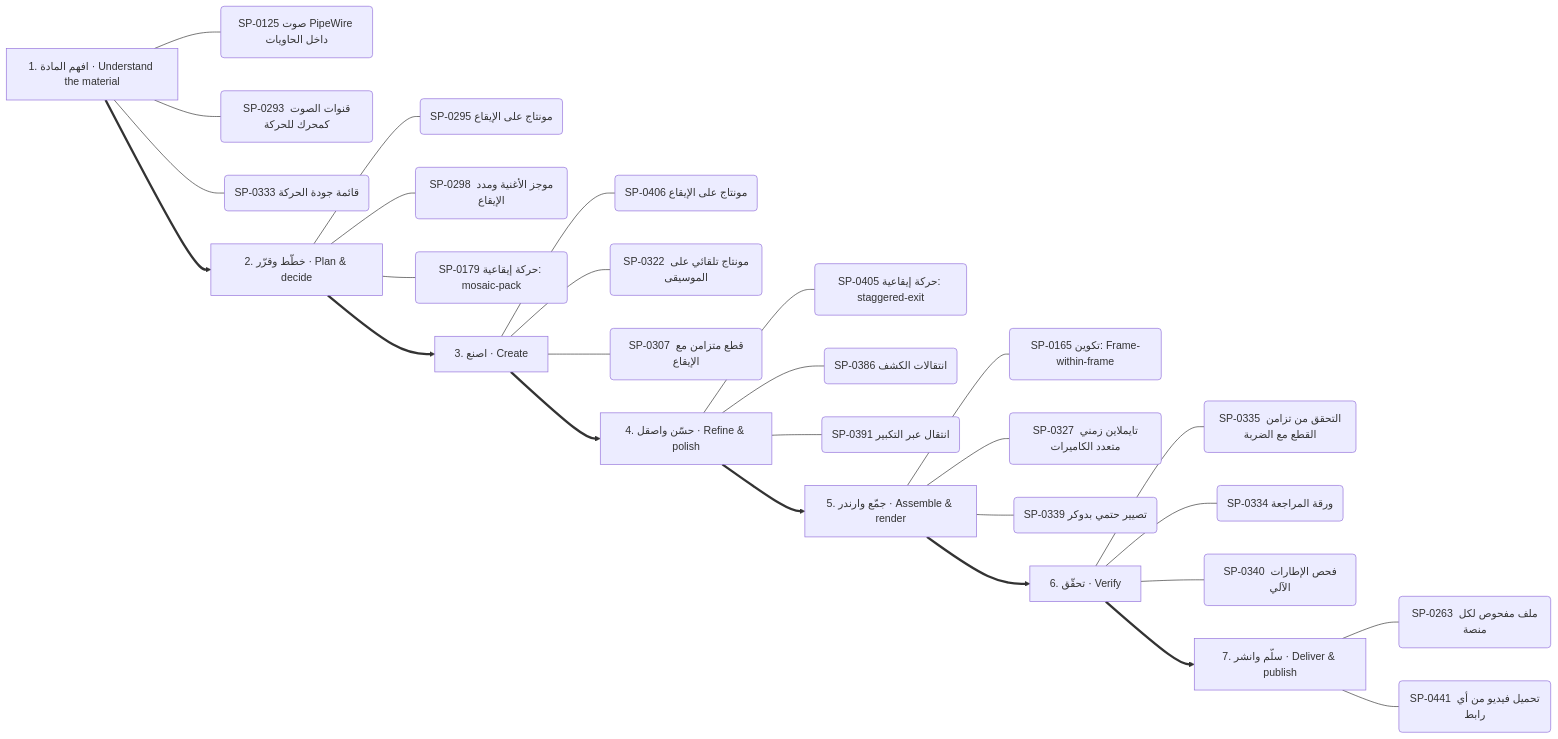
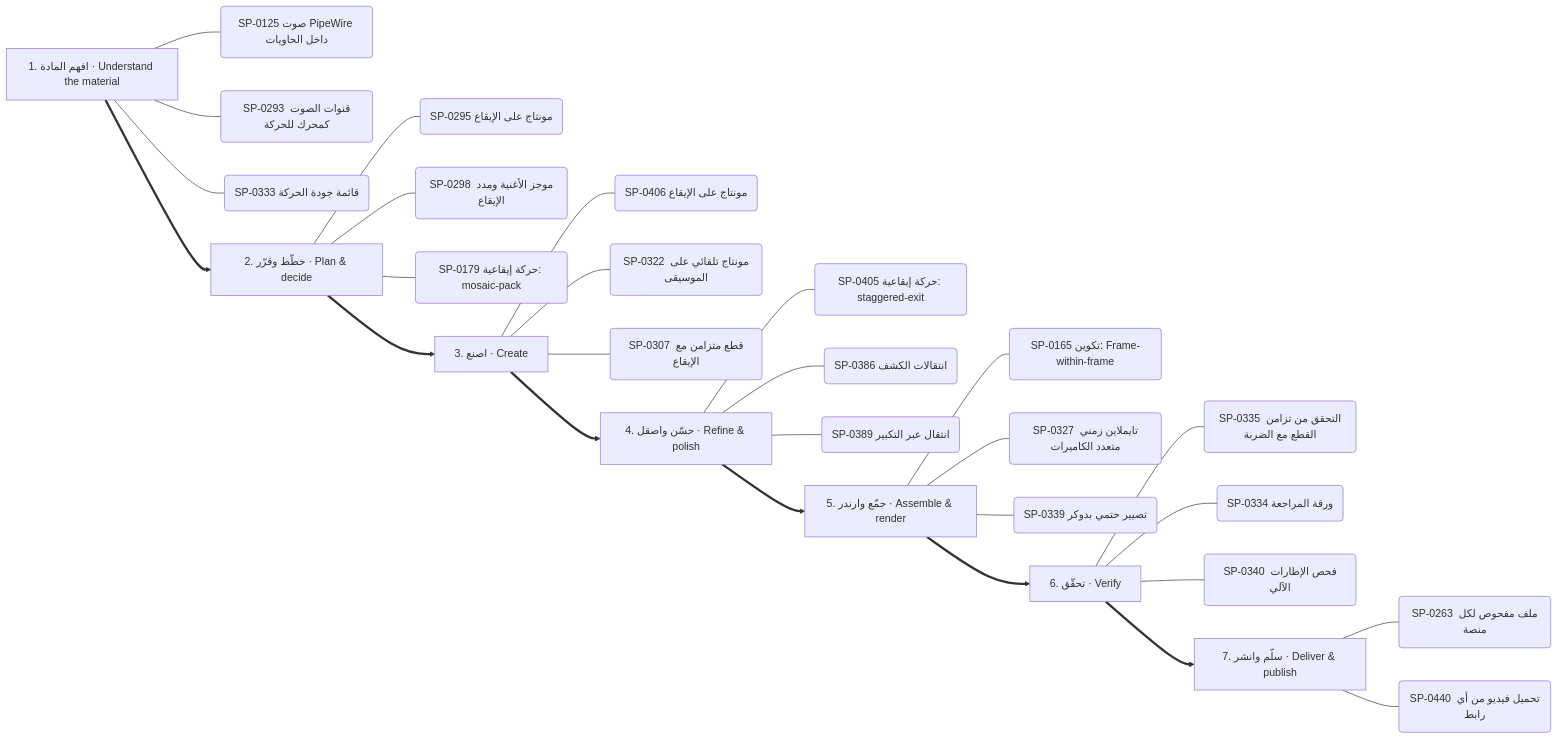
The third of 13 diagrams in .claude/skills/kosif-superpowers/references/capability-mindmap.md (kosif199022-jpg/kosif-tool), drawn with Mermaid before and after one commit. The commit also changed other lines of this file and 25 other files, not shown here.

````diff
--- a/.claude/skills/kosif-superpowers/references/capability-mindmap.md
+++ b/.claude/skills/kosif-superpowers/references/capability-mindmap.md
@@ -177,36 +177,36 @@
 ```mermaid
 flowchart LR
   S0["1. افهم المادة · Understand the material"]
   S0 --- S0_0("SP-0125 صوت PipeWire داخل الحاويات")
   S0 --- S0_1("SP-0293 قنوات الصوت كمحرك للحركة")
   S0 --- S0_2("SP-0333 قائمة جودة الحركة")
   S1["2. خطّط وقرّر · Plan & decide"]
   S1 --- S1_0("SP-0295 مونتاج على الإيقاع")
   S1 --- S1_1("SP-0298 موجز الأغنية ومدد الإيقاع")
   S1 --- S1_2("SP-0179 حركة إيقاعية: mosaic-pack")
   S0 ==> S1
   S2["3. اصنع · Create"]
   S2 --- S2_0("SP-0406 مونتاج على الإيقاع")
   S2 --- S2_1("SP-0322 مونتاج تلقائي على الموسيقى")
   S2 --- S2_2("SP-0307 قطع متزامن مع الإيقاع")
   S1 ==> S2
   S3["4. حسّن واصقل · Refine & polish"]
   S3 --- S3_0("SP-0405 حركة إيقاعية: staggered-exit")
   S3 --- S3_1("SP-0386 انتقالات الكشف")
-  S3 --- S3_2("SP-0391 انتقال عبر التكبير")
+  S3 --- S3_2("SP-0389 انتقال عبر التكبير")
   S2 ==> S3
   S4["5. جمّع وارندر · Assemble & render"]
   S4 --- S4_0("SP-0165 تكوين: Frame-within-frame")
   S4 --- S4_1("SP-0327 تايملاين زمني متعدد الكاميرات")
   S4 --- S4_2("SP-0339 تصيير حتمي بدوكر")
   S3 ==> S4
   S5["6. تحقّق · Verify"]
   S5 --- S5_0("SP-0335 التحقق من تزامن القطع مع الضربة")
   S5 --- S5_1("SP-0334 ورقة المراجعة")
   S5 --- S5_2("SP-0340 فحص الإطارات الآلي")
   S4 ==> S5
   S6["7. سلّم وانشر · Deliver & publish"]
   S6 --- S6_0("SP-0263 ملف مفحوص لكل منصة")
-  S6 --- S6_1("SP-0441 تحميل فيديو من أي رابط")
+  S6 --- S6_1("SP-0440 تحميل فيديو من أي رابط")
   S5 ==> S6
 ```
````
